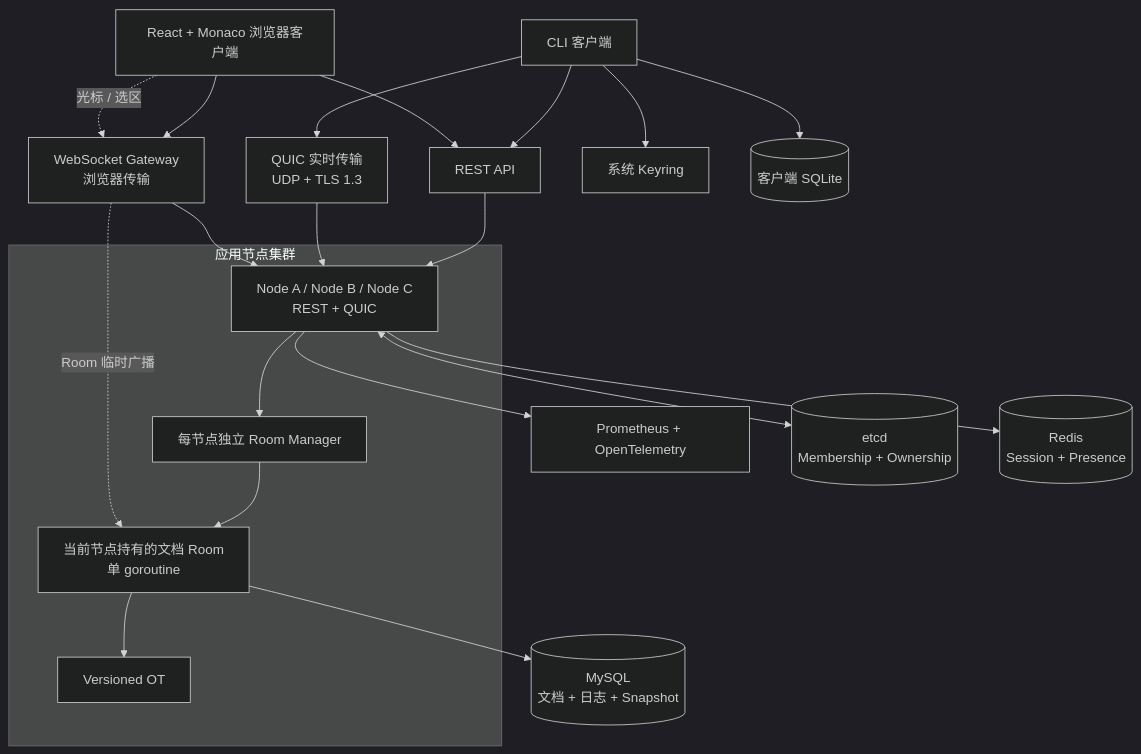
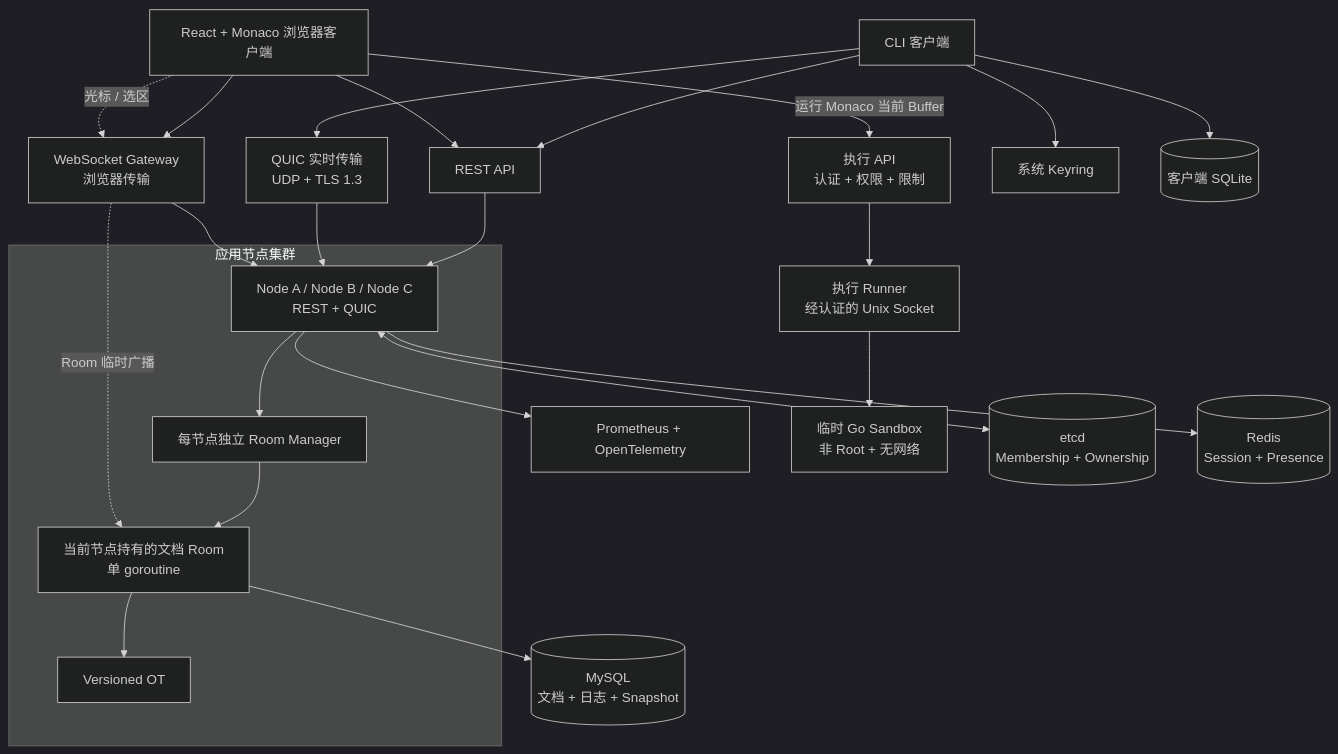
Before and after one commit to jiawei-wang-dev/go-realtime-collab-editor: the diagram in README.zh-CN.md, drawn with Mermaid (dark theme). The commit also changed other lines of this file and 8 other files, not shown here.

````diff
--- a/README.zh-CN.md
+++ b/README.zh-CN.md
@@ -39,41 +83,47 @@
 ```mermaid
 flowchart TB
     Client[CLI 客户端]
     Browser[React + Monaco 浏览器客户端]
     REST[REST API]
     QUIC[QUIC 实时传输<br/>UDP + TLS 1.3]
     WS[WebSocket Gateway<br/>浏览器传输]
+    ExecAPI[执行 API<br/>认证 + 权限 + 限制]
     Keyring[系统 Keyring]
     SQLite[(客户端 SQLite)]
     Obs[Prometheus + OpenTelemetry]
+    Runner[执行 Runner<br/>经认证的 Unix Socket]
+    Sandbox[临时 Go Sandbox<br/>非 Root + 无网络]
 
     subgraph Cluster[应用节点集群]
         Nodes[Node A / Node B / Node C<br/>REST + QUIC]
         RM[每节点独立 Room Manager]
         Room[当前节点持有的文档 Room<br/>单 goroutine]
         OT[Versioned OT]
     end
 
     Etcd[(etcd<br/>Membership + Ownership)]
     MySQL[(MySQL<br/>文档 + 日志 + Snapshot)]
     Redis[(Redis<br/>Session + Presence)]
 
     Client --> REST
     Client --> QUIC
     Browser --> REST
     Browser --> WS
+    Browser -->|运行 Monaco 当前 Buffer| ExecAPI
     Client --> SQLite
     Client --> Keyring
     REST --> Nodes
     QUIC --> Nodes
     WS --> Nodes
     Nodes --> RM
     RM --> Room
     Room --> OT
     Browser -. 光标 / 选区 .-> WS
     WS -. Room 临时广播 .-> Room
     Nodes <--> Etcd
     Room --> MySQL
     Nodes --> Redis
     Nodes --> Obs
+    ExecAPI --> Runner
+    Runner --> Sandbox
 ```
````
